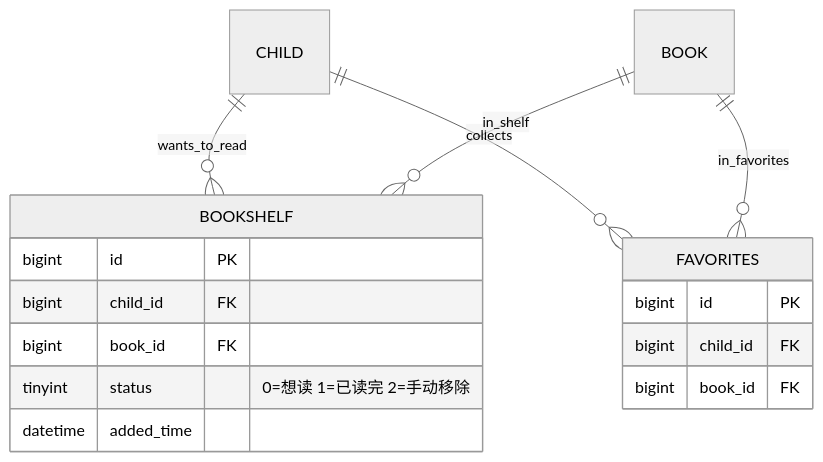
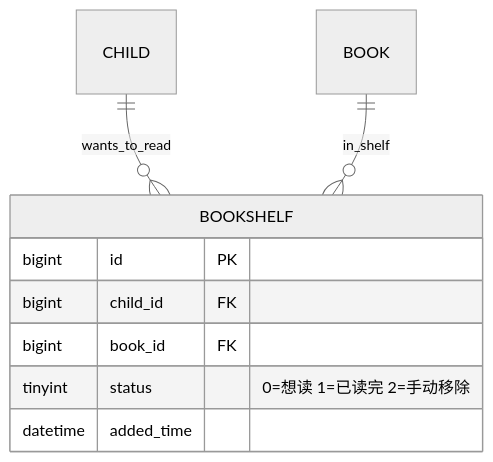
Before and after one commit to leechunwoo0815/librio: diagram 13 of 28 in PRD/UML-ER.md, drawn with Mermaid (neutral theme). The commit also changed other lines of this file and 4 other files, not shown here.

First line of the commit message:
fix(db+docs): B0 文档一致性清零 — UML-ER favorites 清除 + damage reviewed_at 类型

````diff
--- a/PRD/UML-ER.md
+++ b/PRD/UML-ER.md
@@ -305,21 +305,13 @@
 ```mermaid
 erDiagram
     BOOKSHELF {
         bigint id PK
         bigint child_id FK
         bigint book_id FK
         tinyint status "0=想读 1=已读完 2=手动移除"
         datetime added_time
     }
 
-    FAVORITES {
-        bigint id PK
-        bigint child_id FK
-        bigint book_id FK
-    }
-
     CHILD ||--o{ BOOKSHELF : "wants_to_read"
-    CHILD ||--o{ FAVORITES : "collects"
     BOOK ||--o{ BOOKSHELF : "in_shelf"
-    BOOK ||--o{ FAVORITES : "in_favorites"
 ```
````
